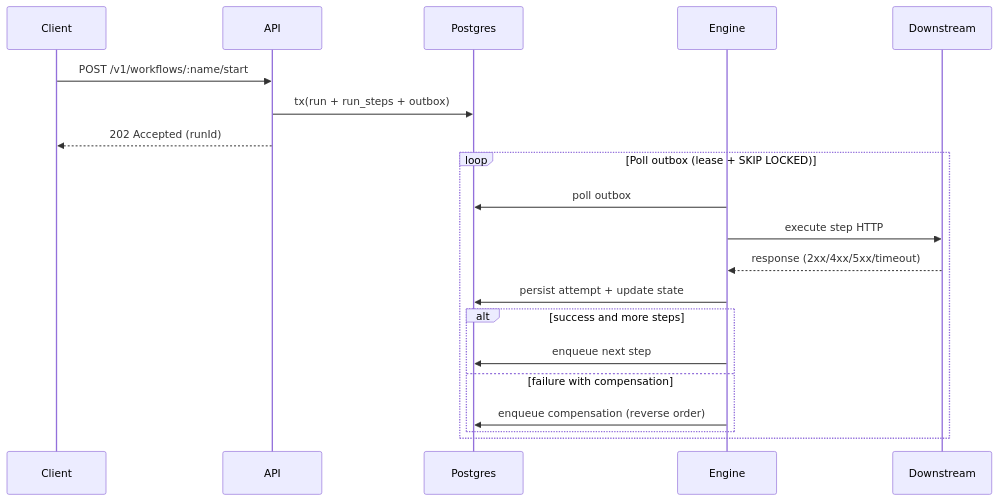
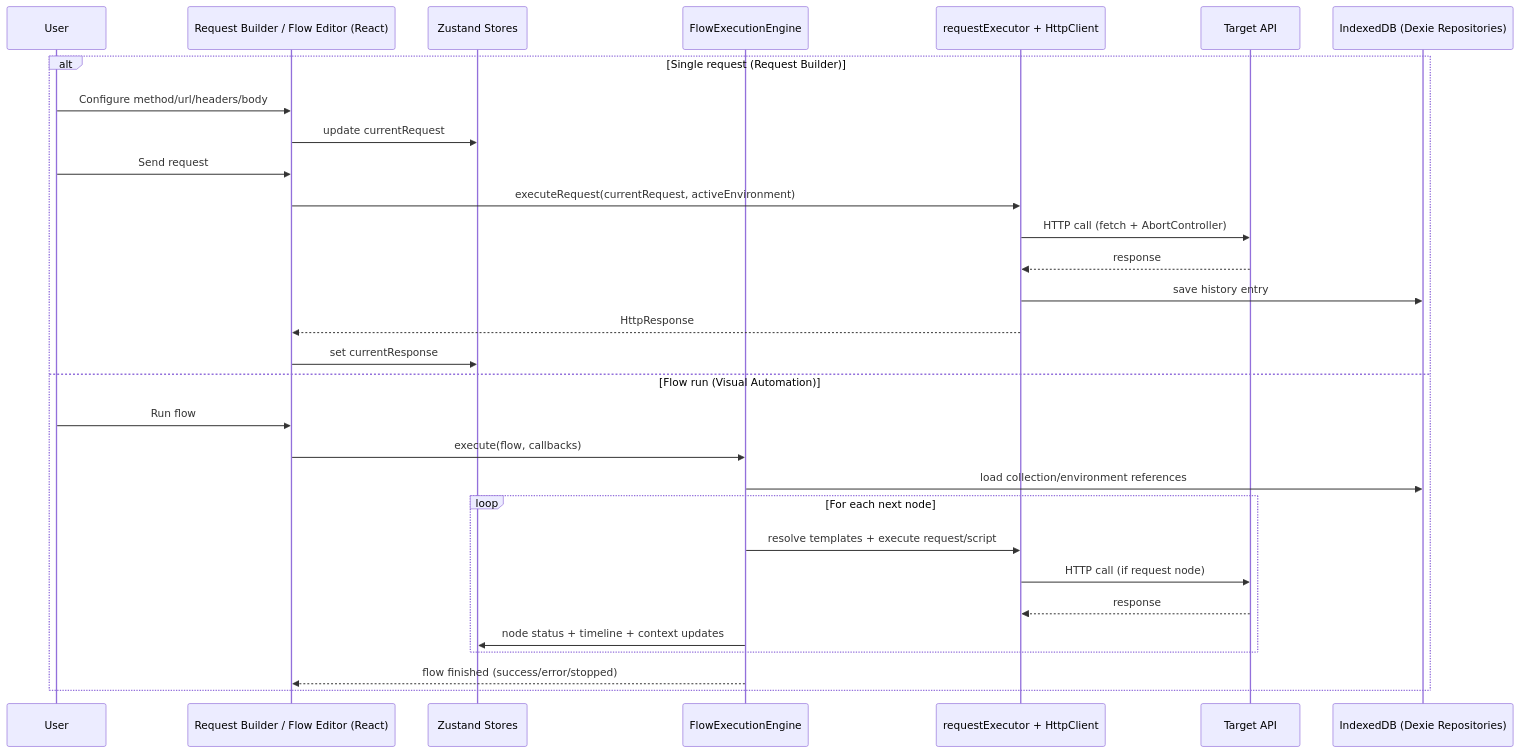
Before and after one commit to FelipeAlvarezM0/Apolo_Quest: the diagram in README.md, drawn with Mermaid.

Commit message:
docs: align execution sequence with ApoloQuest architecture

````diff
--- a/README.md
+++ b/README.md
@@ -37,25 +37,33 @@
 ```mermaid
 sequenceDiagram
-    participant Client
-    participant API
-    participant Postgres
-    participant Engine
-    participant Downstream
+    participant User
+    participant UI as Request Builder / Flow Editor (React)
+    participant Store as Zustand Stores
+    participant Engine as FlowExecutionEngine
+    participant Exec as requestExecutor + HttpClient
+    participant API as Target API
+    participant DB as IndexedDB (Dexie Repositories)
 
-    Client->>API: POST /v1/workflows/:name/start
-    API->>Postgres: tx(run + run_steps + outbox)
-    API-->>Client: 202 Accepted (runId)
-
-    loop Poll outbox (lease + SKIP LOCKED)
-        Engine->>Postgres: poll outbox
-        Engine->>Downstream: execute step HTTP
-        Downstream-->>Engine: response (2xx/4xx/5xx/timeout)
-        Engine->>Postgres: persist attempt + update state
-
-        alt success and more steps
-            Engine->>Postgres: enqueue next step
-        else failure with compensation
-            Engine->>Postgres: enqueue compensation (reverse order)
+    alt Single request (Request Builder)
+        User->>UI: Configure method/url/headers/body
+        UI->>Store: update currentRequest
+        User->>UI: Send request
+        UI->>Exec: executeRequest(currentRequest, activeEnvironment)
+        Exec->>API: HTTP call (fetch + AbortController)
+        API-->>Exec: response
+        Exec->>DB: save history entry
+        Exec-->>UI: HttpResponse
+        UI->>Store: set currentResponse
+    else Flow run (Visual Automation)
+        User->>UI: Run flow
+        UI->>Engine: execute(flow, callbacks)
+        Engine->>DB: load collection/environment references
+        loop For each next node
+            Engine->>Exec: resolve templates + execute request/script
+            Exec->>API: HTTP call (if request node)
+            API-->>Exec: response
+            Engine->>Store: node status + timeline + context updates
         end
+        Engine-->>UI: flow finished (success/error/stopped)
     end
 ```
````
